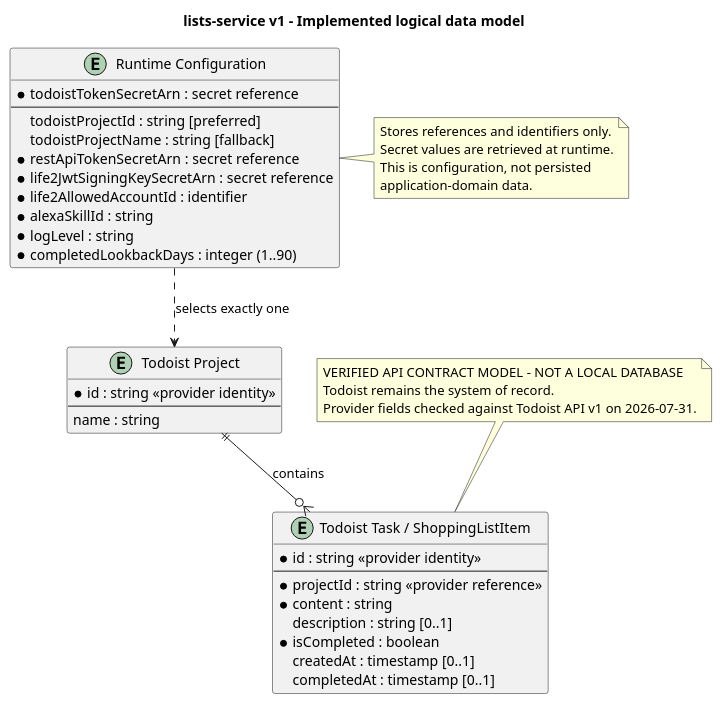
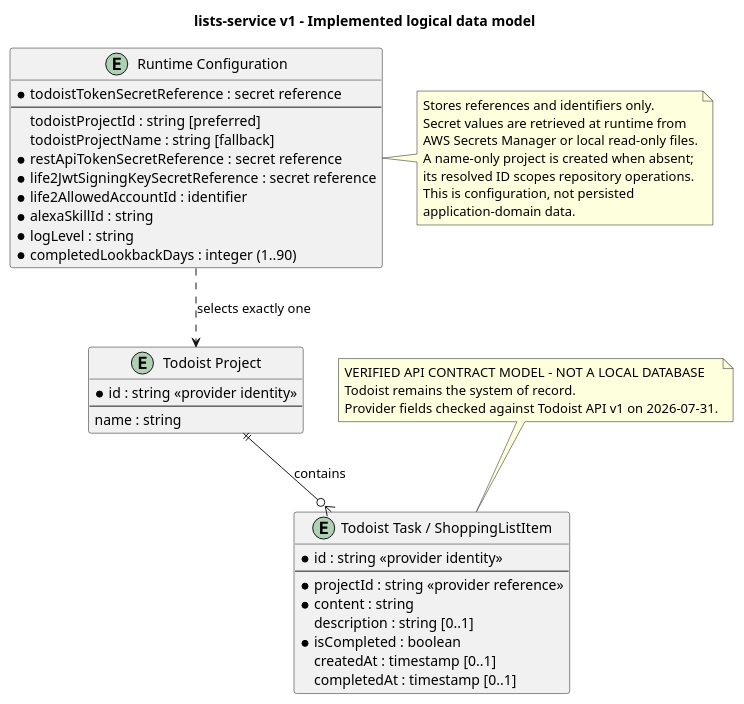
Before and after one commit to ralfepoisson/lists-service: the diagram in docs/architecture/erd.puml, drawn with PlantUML. The commit also changed 24 other files, not shown here.

Commit message:
feat: support local file-backed Lists runtime

```diff
--- a/docs/architecture/erd.puml
+++ b/docs/architecture/erd.puml
@@ -1,56 +1,59 @@
 @startuml
 title lists-service v1 - Implemented logical data model
 
 hide methods
 hide stereotypes
 skinparam shadowing false
 
 note as StatusNote
   VERIFIED API CONTRACT MODEL - NOT A LOCAL DATABASE
   Todoist remains the system of record.
   Provider fields checked against Todoist API v1 on 2026-07-31.
 end note
 
 entity "Todoist Project" as Project {
   * id : string <<provider identity>>
   --
   name : string
 }
 
 entity "Todoist Task / ShoppingListItem" as Item {
   * id : string <<provider identity>>
   --
   * projectId : string <<provider reference>>
   * content : string
   description : string [0..1]
   * isCompleted : boolean
   createdAt : timestamp [0..1]
   completedAt : timestamp [0..1]
 }
 
 entity "Runtime Configuration" as Configuration {
-  * todoistTokenSecretArn : secret reference
+  * todoistTokenSecretReference : secret reference
   --
   todoistProjectId : string [preferred]
   todoistProjectName : string [fallback]
-  * restApiTokenSecretArn : secret reference
-  * life2JwtSigningKeySecretArn : secret reference
+  * restApiTokenSecretReference : secret reference
+  * life2JwtSigningKeySecretReference : secret reference
   * life2AllowedAccountId : identifier
   * alexaSkillId : string
   * logLevel : string
   * completedLookbackDays : integer (1..90)
 }
 
 Project ||--o{ Item : contains
 Configuration ..> Project : selects exactly one
 
 note right of Configuration
   Stores references and identifiers only.
-  Secret values are retrieved at runtime.
+  Secret values are retrieved at runtime from
+  AWS Secrets Manager or local read-only files.
+  A name-only project is created when absent;
+  its resolved ID scopes repository operations.
   This is configuration, not persisted
   application-domain data.
 end note
 
 StatusNote .. Item
 
 @enduml
```
